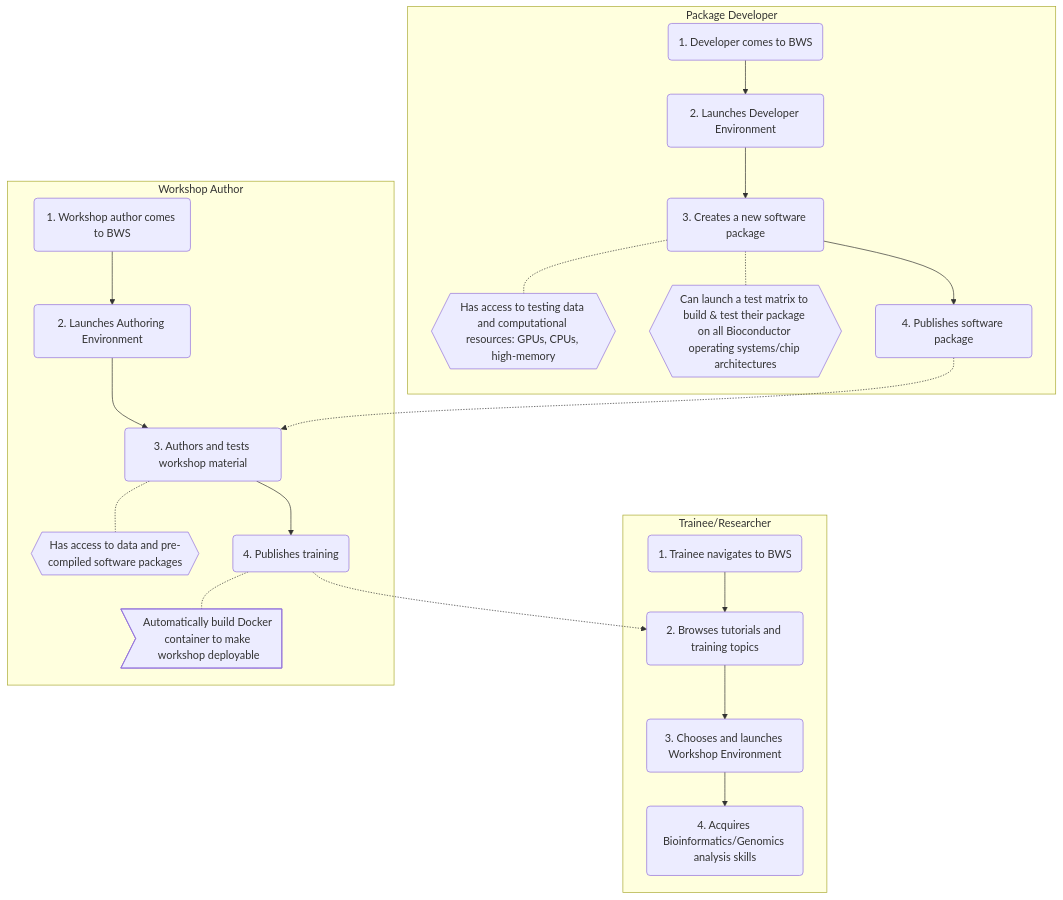
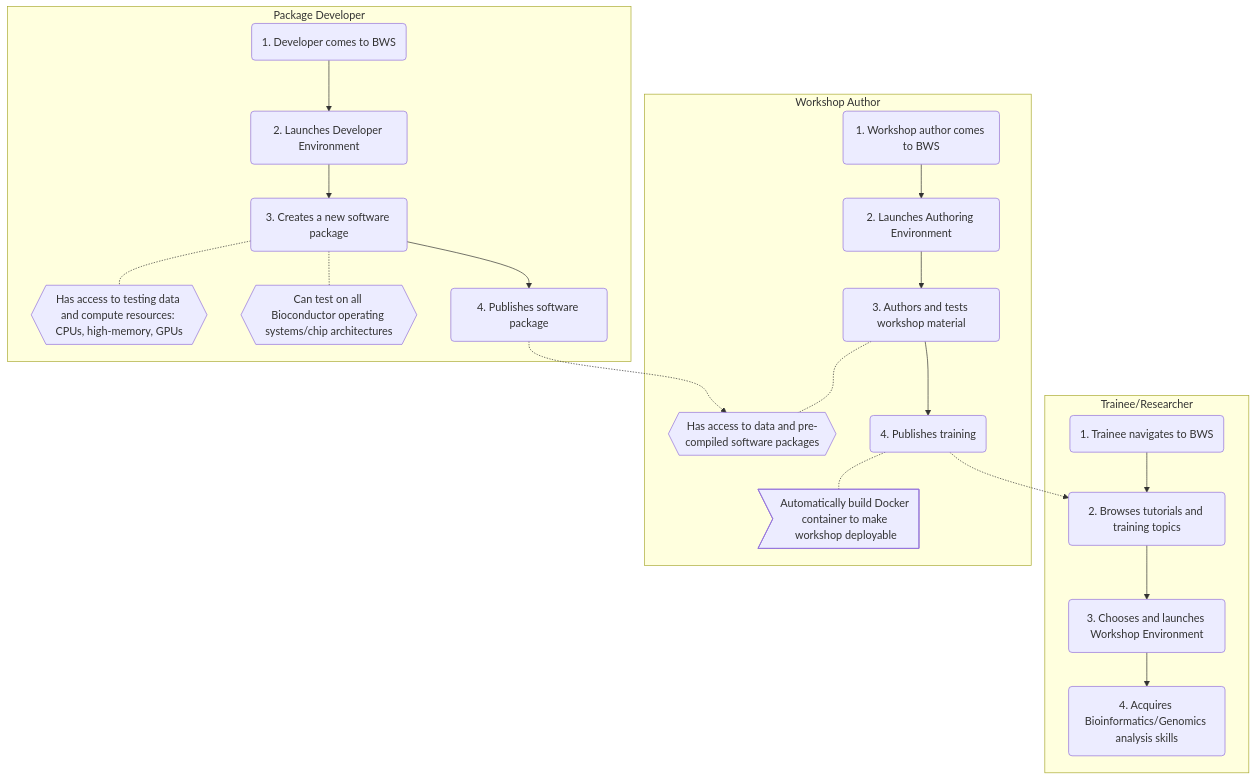
The diagram in README.md (almahmoud/czi-bws-flow), drawn with Mermaid before and after one commit.

````diff
--- a/README.md
+++ b/README.md
@@ -1,41 +1,41 @@
 ```mermaid
 graph TB
   linkStyle default interpolate basis
   subgraph "Trainee/Researcher"
     A1(1. Trainee navigates to BWS)
     A2(2. Browses tutorials and training topics)
     A3(3. Chooses and launches Workshop Environment)
     A4(4. Acquires Bioinformatics/Genomics analysis skills)
     A1-->A2
     A2-->A3
     A3-->A4
   end
   subgraph "Workshop Author"
     B1(1. Workshop author comes to BWS)
     B2(2. Launches Authoring Environment)
     B91{{Has access to data and pre-compiled software packages}}
     B3(3. Authors and tests workshop material)
     B4(4. Publishes training)
     B92>Automatically build Docker container to make workshop deployable]
     B1-->B2
     B2-->B3
     B3-->B4
     B3-.-B91
     B4-.-B92
   end
   subgraph "Package Developer"
     C1(1. Developer comes to BWS)
     C2(2. Launches Developer Environment)
-    C91{{Has access to testing data and computational resources: GPUs, CPUs, high-memory}}
-    C92{{Can launch a test matrix to build & test their package on all Bioconductor operating systems/chip architectures}}
+    C91{{Has access to testing data and compute resources: CPUs, high-memory, GPUs}}
+    C92{{Can test on all Bioconductor operating systems/chip architectures}}
     C3(3. Creates a new software package)
     C4(4. Publishes software package)
     C1-->C2
     C2-->C3
     C3-->C4
     C3-.-C91
     C3-.-C92
   end
   B4-.->A2
-  C4-.->B3
+  C4-.->B91
   ```
````
